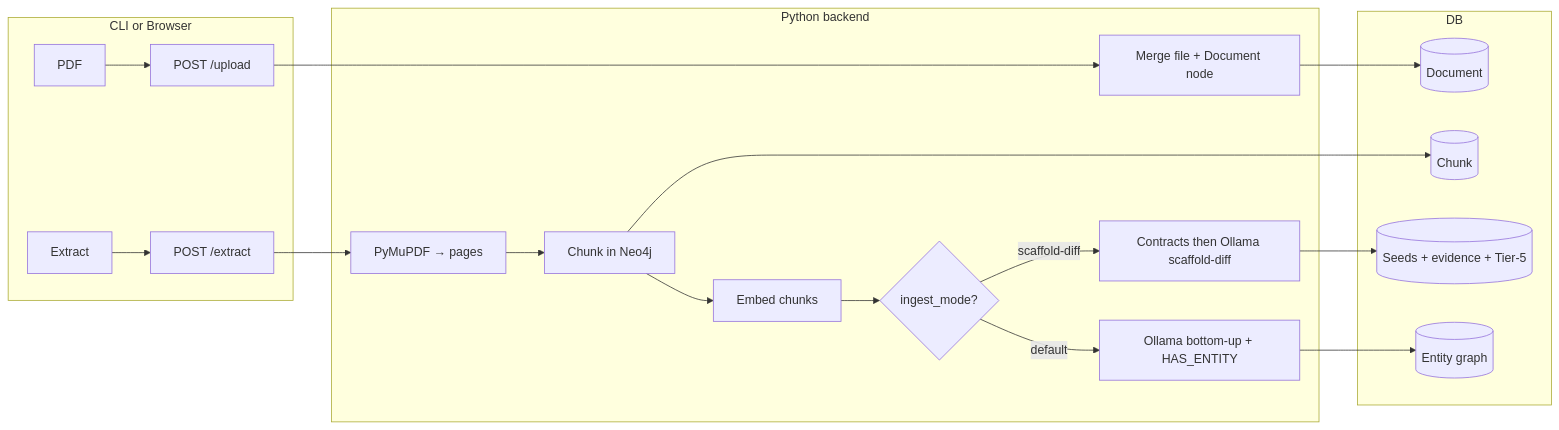
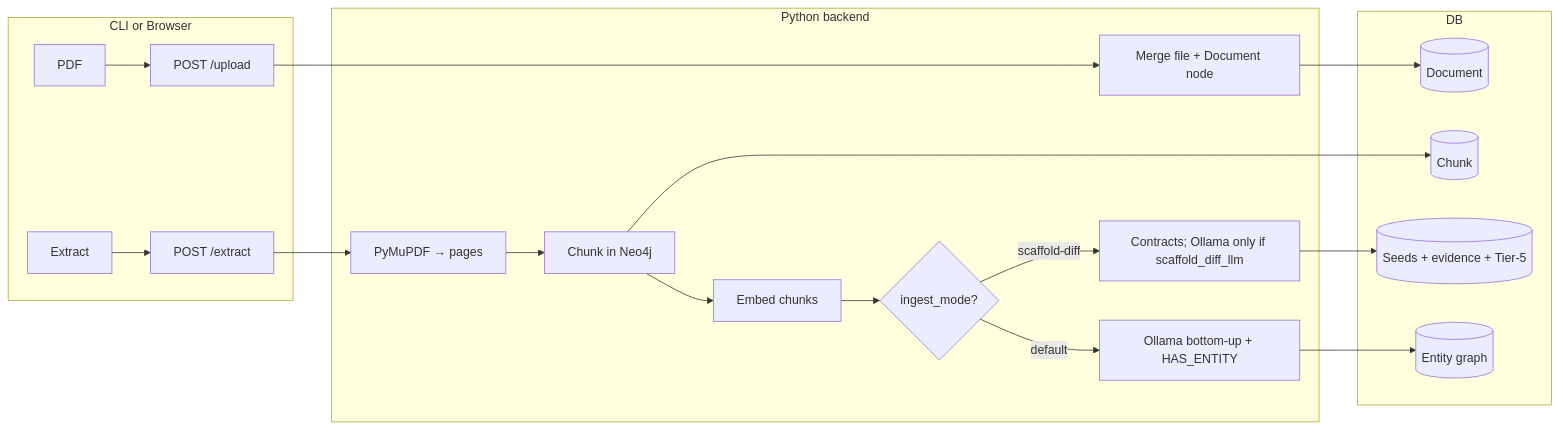
The second of 2 diagrams in design.md (MAOShea/pdf-graph-builder), drawn with Mermaid before and after one commit. The commit also changed other lines of this file and 14 other files, not shown here.

````diff
--- a/design.md
+++ b/design.md
@@ -239,22 +239,22 @@
 ```mermaid
 flowchart LR
   subgraph Client["CLI or Browser"]
     A[PDF] --> B["POST /upload"]
     C[Extract] --> D["POST /extract"]
   end
   subgraph Backend["Python backend"]
     B --> E[Merge file + Document node]
     D --> F[PyMuPDF → pages]
     F --> G[Chunk in Neo4j]
     G --> H[Embed chunks]
     H --> I{ingest_mode?}
-    I -->|scaffold-diff| J[Contracts then Ollama scaffold-diff]
+    I -->|scaffold-diff| J[Contracts; Ollama only if scaffold_diff_llm]
     I -->|default| K[Ollama bottom-up + HAS_ENTITY]
   end
   subgraph Neo4j["DB"]
     E --> L[(Document)]
     G --> M[(Chunk)]
     J --> N[(Seeds + evidence + Tier-5)]
     K --> O[(Entity graph)]
   end
 ```
````
